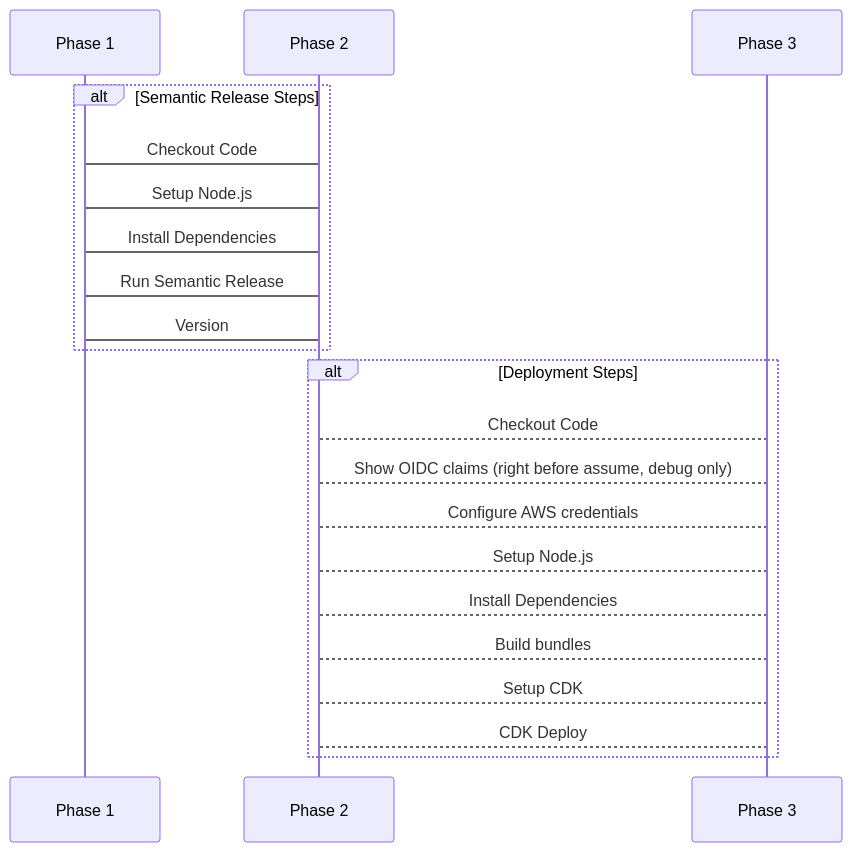
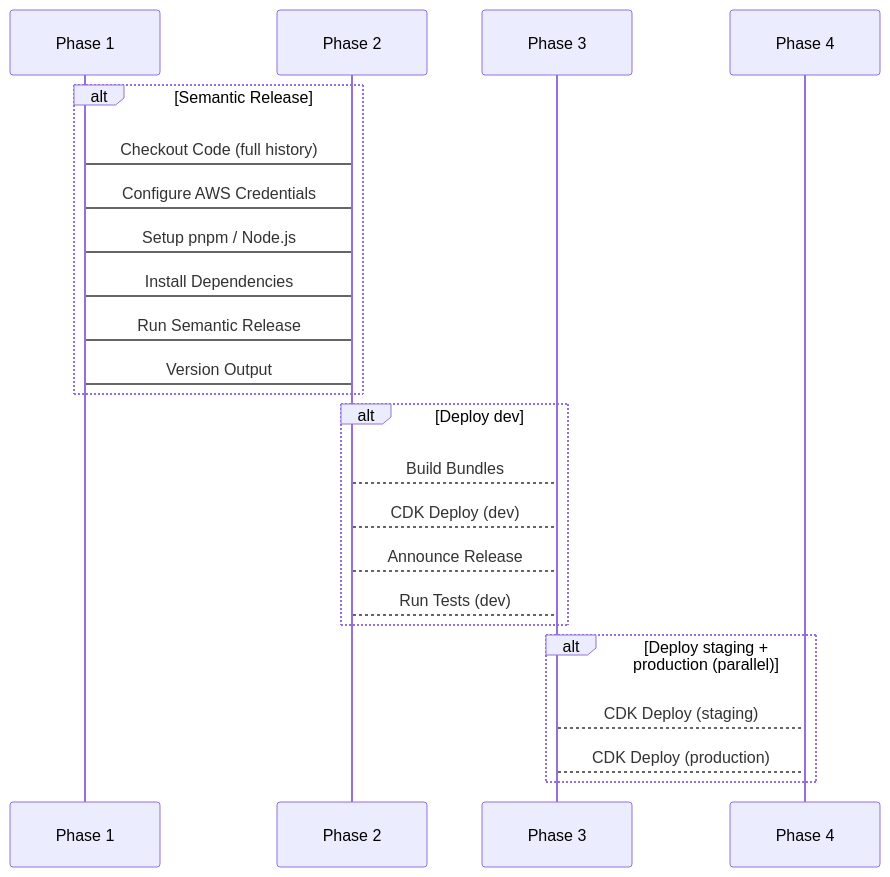
The second of 3 diagrams in docs/deployment.md (govuk-once/gds-unified-notification-service), drawn with Mermaid before and after one commit. The commit also changed other lines of this file and 29 other files, not shown here.

````diff
--- a/docs/deployment.md
+++ b/docs/deployment.md
@@ -135,20 +213,21 @@
 ```mermaid
 sequenceDiagram
-    alt Semantic Release Steps
-      Phase 1->Phase 2: Checkout Code
-      Phase 1->Phase 2: Setup Node.js
+    alt Semantic Release
+      Phase 1->Phase 2: Checkout Code (full history)
+      Phase 1->Phase 2: Configure AWS Credentials
+      Phase 1->Phase 2: Setup pnpm / Node.js
       Phase 1->Phase 2: Install Dependencies
       Phase 1->Phase 2: Run Semantic Release
-      Phase 1->Phase 2: Version
+      Phase 1->Phase 2: Version Output
     end
-    alt Deployment Steps
-      Phase 2-->Phase 3: Checkout Code
-      Phase 2-->Phase 3: Show OIDC claims (right before assume, debug only)
-      Phase 2-->Phase 3: Configure AWS credentials
-      Phase 2-->Phase 3: Setup Node.js
-      Phase 2-->Phase 3: Install Dependencies
-      Phase 2-->Phase 3: Build bundles
-      Phase 2-->Phase 3: Setup CDK
-      Phase 2-->Phase 3: CDK Deploy
+    alt Deploy dev
+      Phase 2-->Phase 3: Build Bundles
+      Phase 2-->Phase 3: CDK Deploy (dev)
+      Phase 2-->Phase 3: Announce Release
+      Phase 2-->Phase 3: Run Tests (dev)
+    end
+    alt Deploy staging + production (parallel)
+      Phase 3-->Phase 4: CDK Deploy (staging)
+      Phase 3-->Phase 4: CDK Deploy (production)
     end
 ```
````
